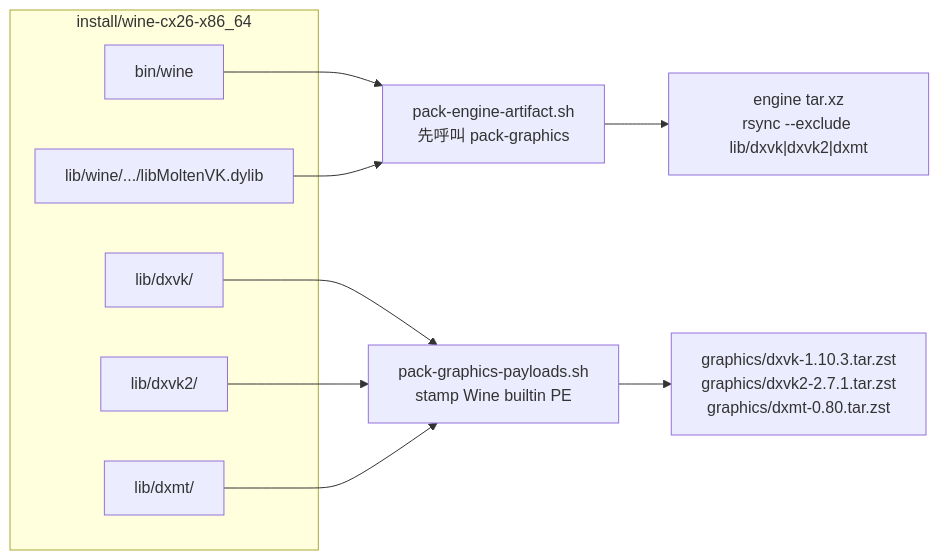
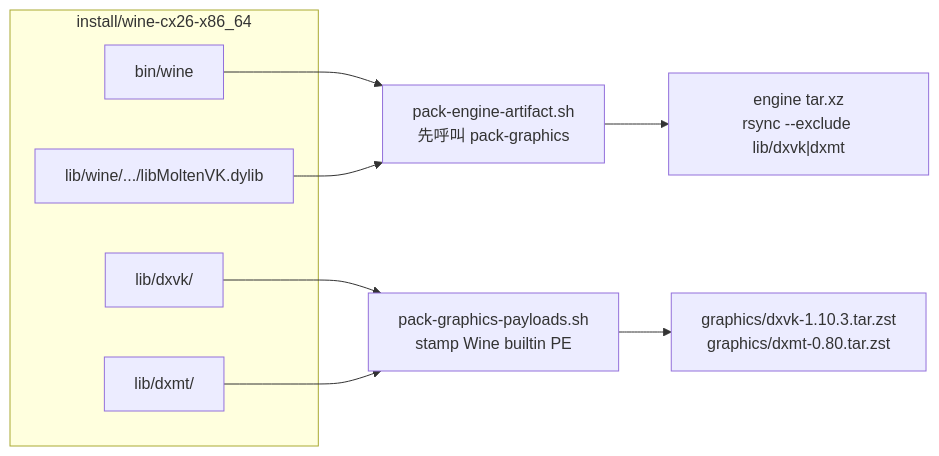
The second of 5 diagrams in docs/cyder-graphics-runtime-pipeline.zh-TW.md (dspp779/CyderBits), drawn with Mermaid before and after one commit. The commit also changed other lines of this file and 25 other files, not shown here.

Commit message:
chore(graphics): defer DXVK 2 backend

````diff
--- a/docs/cyder-graphics-runtime-pipeline.zh-TW.md
+++ b/docs/cyder-graphics-runtime-pipeline.zh-TW.md
@@ -79,21 +77,19 @@
 ```mermaid
 flowchart LR
   subgraph installTree["install/wine-cx26-x86_64"]
     BIN["bin/wine"]
     MVK["lib/wine/.../libMoltenVK.dylib"]
     L1["lib/dxvk/"]
-    L2["lib/dxvk2/"]
     LM["lib/dxmt/"]
   end
 
   PACKG["pack-graphics-payloads.sh<br/>stamp Wine builtin PE"]
   PACKE["pack-engine-artifact.sh<br/>先呼叫 pack-graphics"]
 
   L1 --> PACKG
-  L2 --> PACKG
   LM --> PACKG
   BIN --> PACKE
   MVK --> PACKE
-  PACKG --> GOUT["graphics/dxvk-1.10.3.tar.zst<br/>graphics/dxvk2-2.7.1.tar.zst<br/>graphics/dxmt-0.80.tar.zst"]
-  PACKE --> EOUT["engine tar.xz<br/>rsync --exclude lib/dxvk|dxvk2|dxmt"]
+  PACKG --> GOUT["graphics/dxvk-1.10.3.tar.zst<br/>graphics/dxmt-0.80.tar.zst"]
+  PACKE --> EOUT["engine tar.xz<br/>rsync --exclude lib/dxvk|dxmt"]
 ```
````
